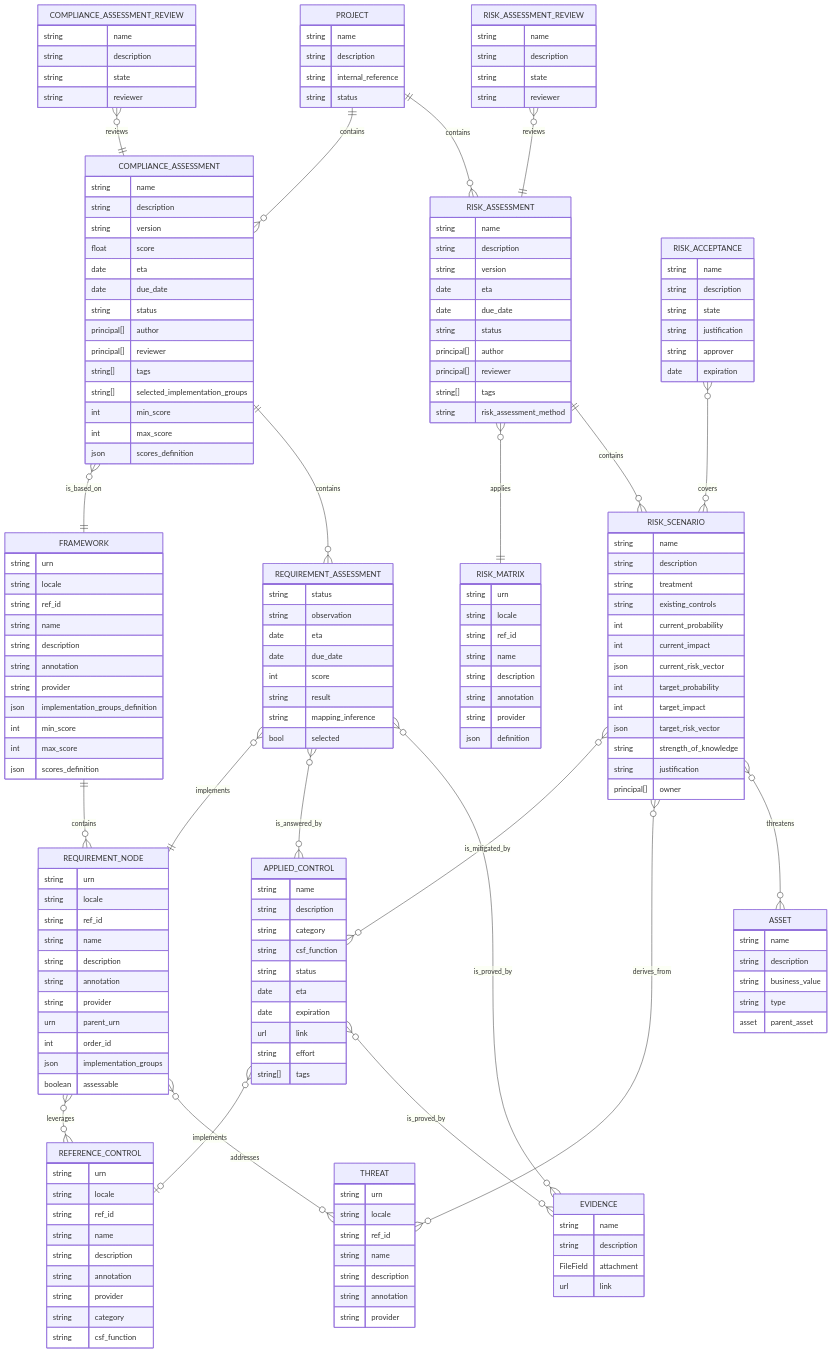
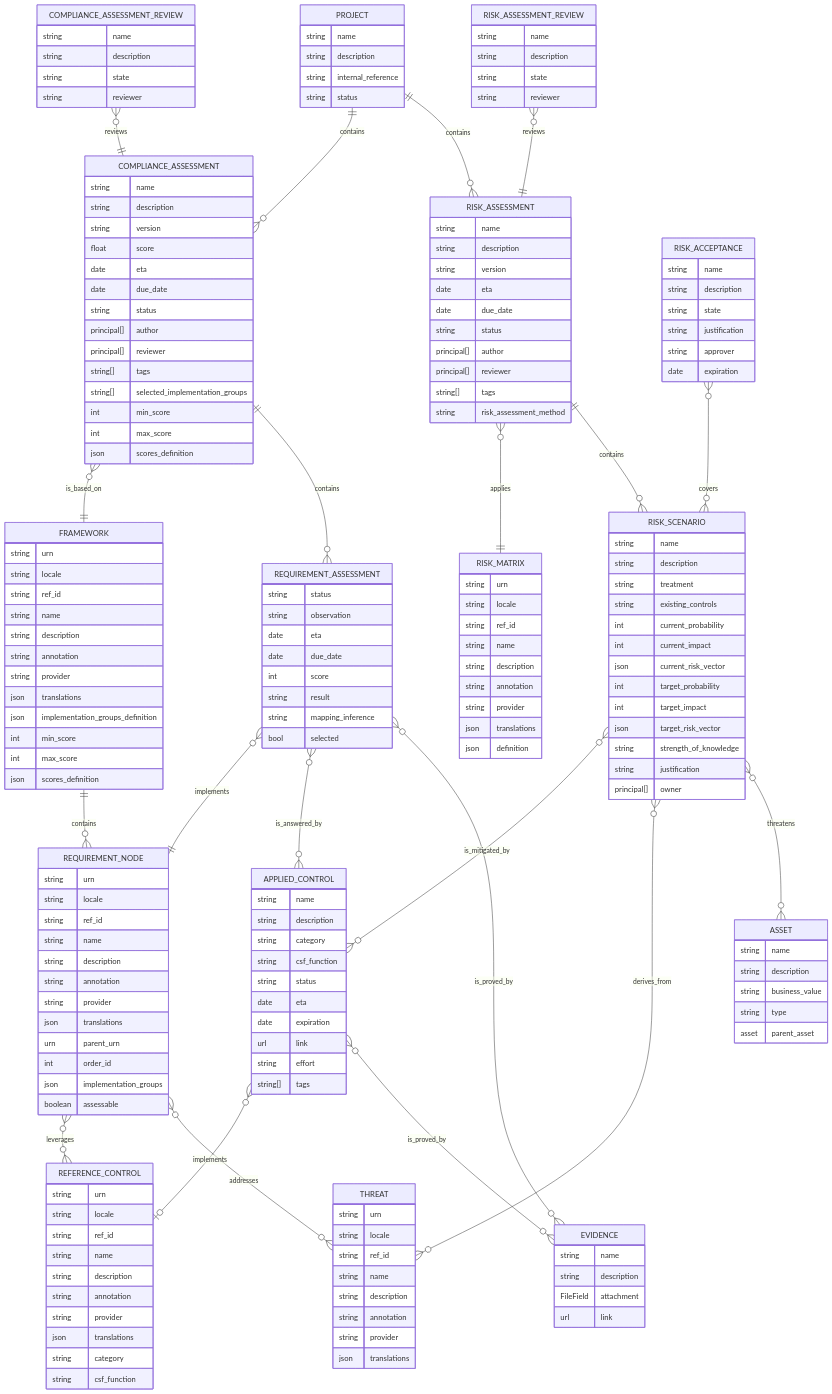
One commit to intuitem/ciso-assistant-community changed the fourth of 7 diagrams in documentation/architecture/data-model.md. Above: the diagram before and after it, drawn with Mermaid. The commit also changed other lines of this file, not shown here.

```diff
--- a/documentation/architecture/data-model.md
+++ b/documentation/architecture/data-model.md
@@ -127,6 +122,8 @@
         string  description
         string  annotation
         string  provider
+        json    translations
+
         json    implementation_groups_definition
         int     min_score
         int     max_score
@@ -174,6 +171,7 @@
         string  description
         string  annotation
         string  provider
+        json    translations
     }
 
     REQUIREMENT_NODE {
@@ -184,6 +182,7 @@
         string  description
         string  annotation
         string  provider
+        json    translations
 
         urn     parent_urn
         int     order_id
@@ -199,6 +198,7 @@
         string  description
         string  annotation
         string  provider
+        json    translations
 
         string  category
         string  csf_function
@@ -245,6 +245,7 @@
         string  description
         string  annotation
         string  provider
+        json    translations
 
         json    definition
     }
```
